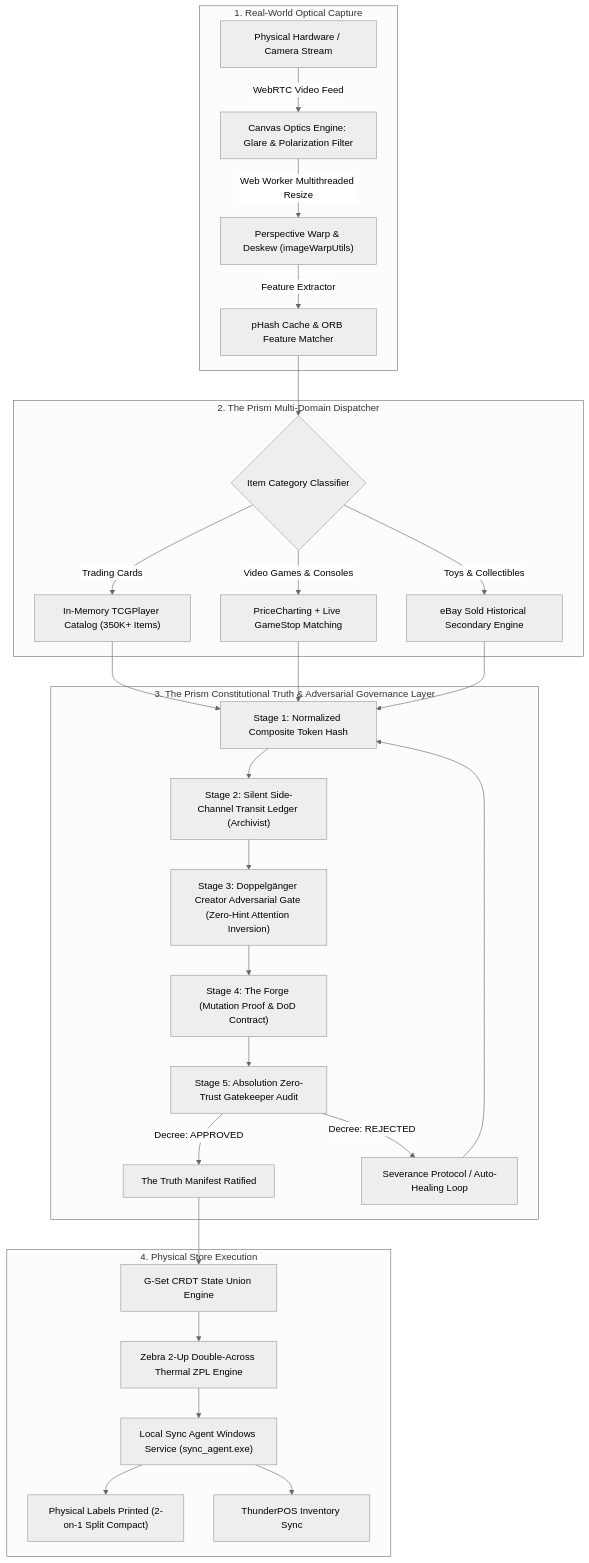
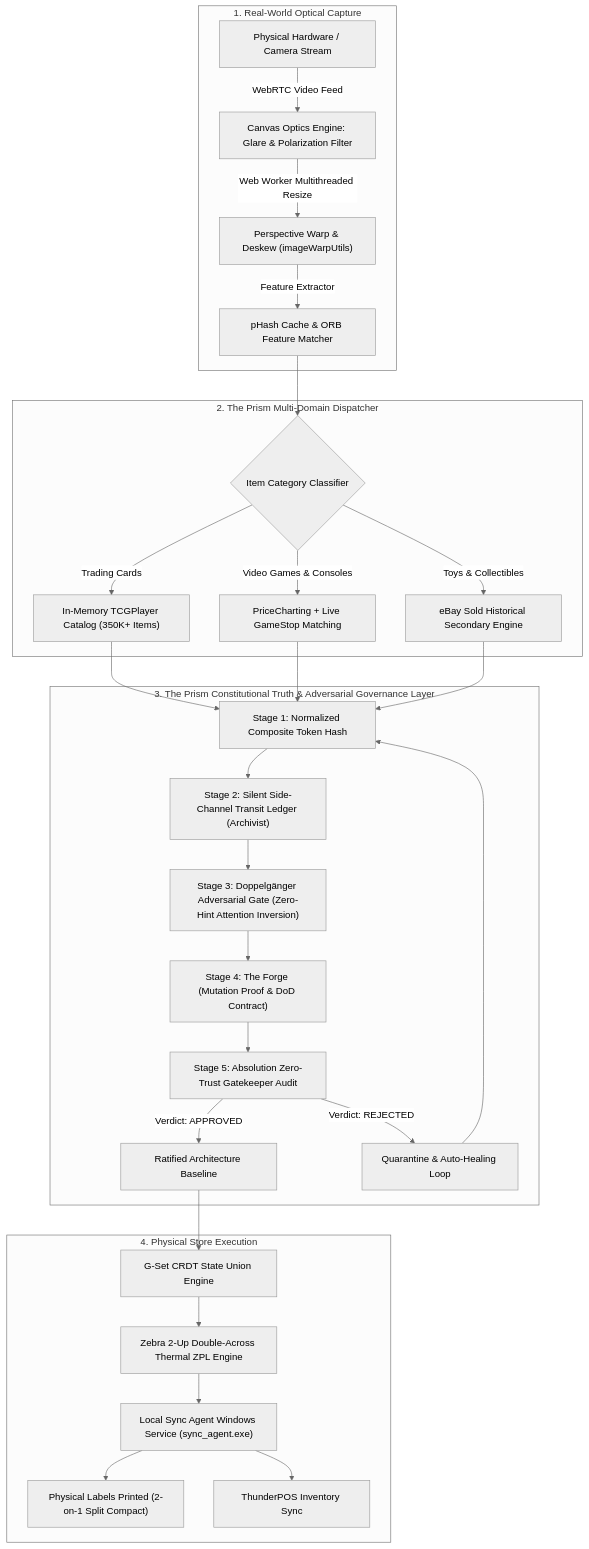
Before and after one commit to malceoir/the-prism-pipeline: the first of 3 diagrams in README.md, drawn with Mermaid (neutral theme). The commit also changed other lines of this file and 6 other files, not shown here.

````diff
--- a/README.md
+++ b/README.md
@@ -78,36 +78,36 @@
 ```mermaid
 graph TD
     subgraph "1. Real-World Optical Capture"
         A["Physical Hardware / Camera Stream"] -->|"WebRTC Video Feed"| B["Canvas Optics Engine: Glare & Polarization Filter"]
         B -->|"Web Worker Multithreaded Resize"| C["Perspective Warp & Deskew (imageWarpUtils)"]
         C -->|"Feature Extractor"| D["pHash Cache & ORB Feature Matcher"]
     end
 
     subgraph "2. The Prism Multi-Domain Dispatcher"
         D --> E{"Item Category Classifier"}
         E -->|"Trading Cards"| F["In-Memory TCGPlayer Catalog (350K+ Items)"]
         E -->|"Video Games & Consoles"| G["PriceCharting + Live GameStop Matching"]
         E -->|"Toys & Collectibles"| H["eBay Sold Historical Secondary Engine"]
     end
 
     subgraph "3. The Prism Constitutional Truth & Adversarial Governance Layer"
         F --> I["Stage 1: Normalized Composite Token Hash"]
         G --> I
         H --> I
         I --> J["Stage 2: Silent Side-Channel Transit Ledger (Archivist)"]
-        J --> K["Stage 3: Doppelgänger Creator Adversarial Gate (Zero-Hint Attention Inversion)"]
+        J --> K["Stage 3: Doppelgänger Adversarial Gate (Zero-Hint Attention Inversion)"]
         K --> L["Stage 4: The Forge (Mutation Proof & DoD Contract)"]
         L --> M["Stage 5: Absolution Zero-Trust Gatekeeper Audit"]
-        M -->|"Decree: APPROVED"| N["The Truth Manifest Ratified"]
-        M -->|"Decree: REJECTED"| O["Severance Protocol / Auto-Healing Loop"]
+        M -->|"Verdict: APPROVED"| N["Ratified Architecture Baseline"]
+        M -->|"Verdict: REJECTED"| O["Quarantine & Auto-Healing Loop"]
         O --> I
     end
 
     subgraph "4. Physical Store Execution"
         N --> P["G-Set CRDT State Union Engine"]
         P --> Q["Zebra 2-Up Double-Across Thermal ZPL Engine"]
         Q --> R["Local Sync Agent Windows Service (sync_agent.exe)"]
         R --> S["Physical Labels Printed (2-on-1 Split Compact)"]
         R --> T["ThunderPOS Inventory Sync"]
     end
 ```
````
